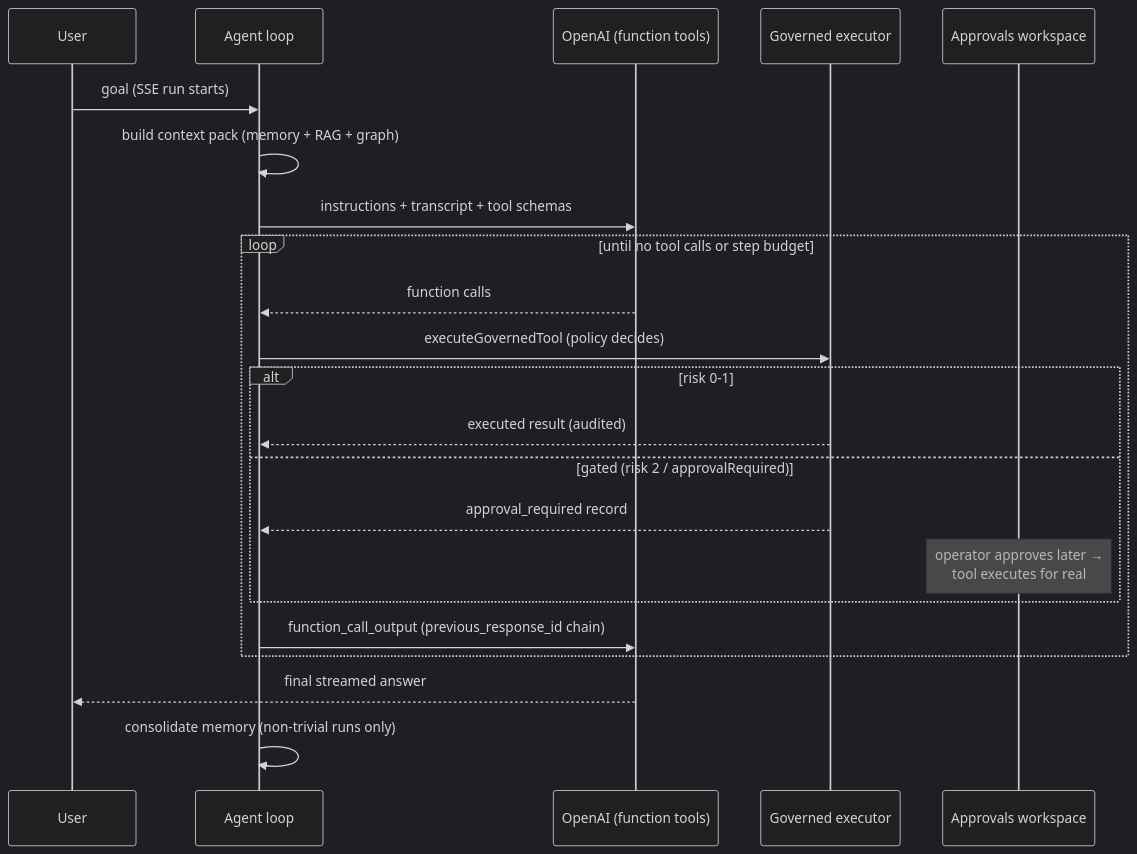
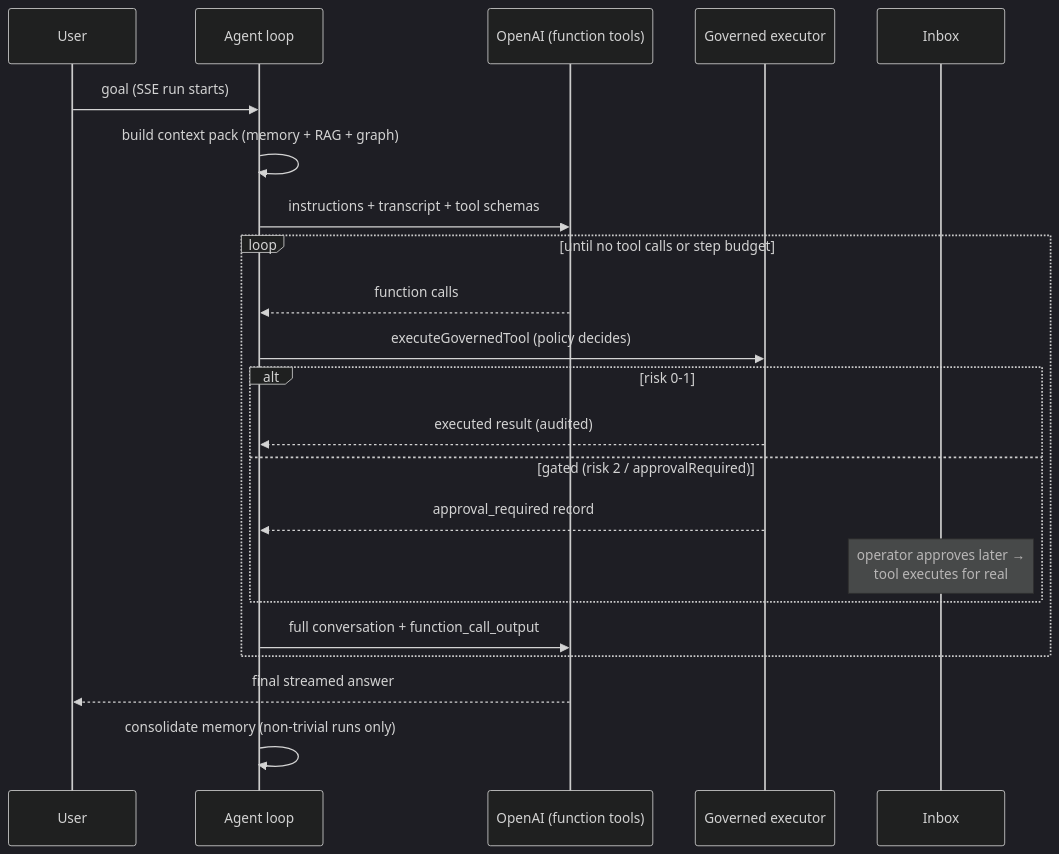
The second of 2 diagrams in docs/architecture.md (benniejoseph/OmniAgentOS), drawn with Mermaid (dark theme) before and after one commit. The commit also changed other lines of this file and 228 other files, not shown here.

````diff
--- a/docs/architecture.md
+++ b/docs/architecture.md
@@ -58,25 +58,25 @@
 ```mermaid
 sequenceDiagram
   participant U as User
   participant R as Agent loop
   participant M as OpenAI (function tools)
   participant G as Governed executor
-  participant A as Approvals workspace
+  participant A as Inbox
 
   U->>R: goal (SSE run starts)
   R->>R: build context pack (memory + RAG + graph)
   R->>M: instructions + transcript + tool schemas
   loop until no tool calls or step budget
     M-->>R: function calls
     R->>G: executeGovernedTool (policy decides)
     alt risk 0-1
       G-->>R: executed result (audited)
     else gated (risk 2 / approvalRequired)
       G-->>R: approval_required record
       Note over A: operator approves later →<br/>tool executes for real
     end
-    R->>M: function_call_output (previous_response_id chain)
+    R->>M: full conversation + function_call_output
   end
   M-->>U: final streamed answer
   R->>R: consolidate memory (non-trivial runs only)
 ```
````
